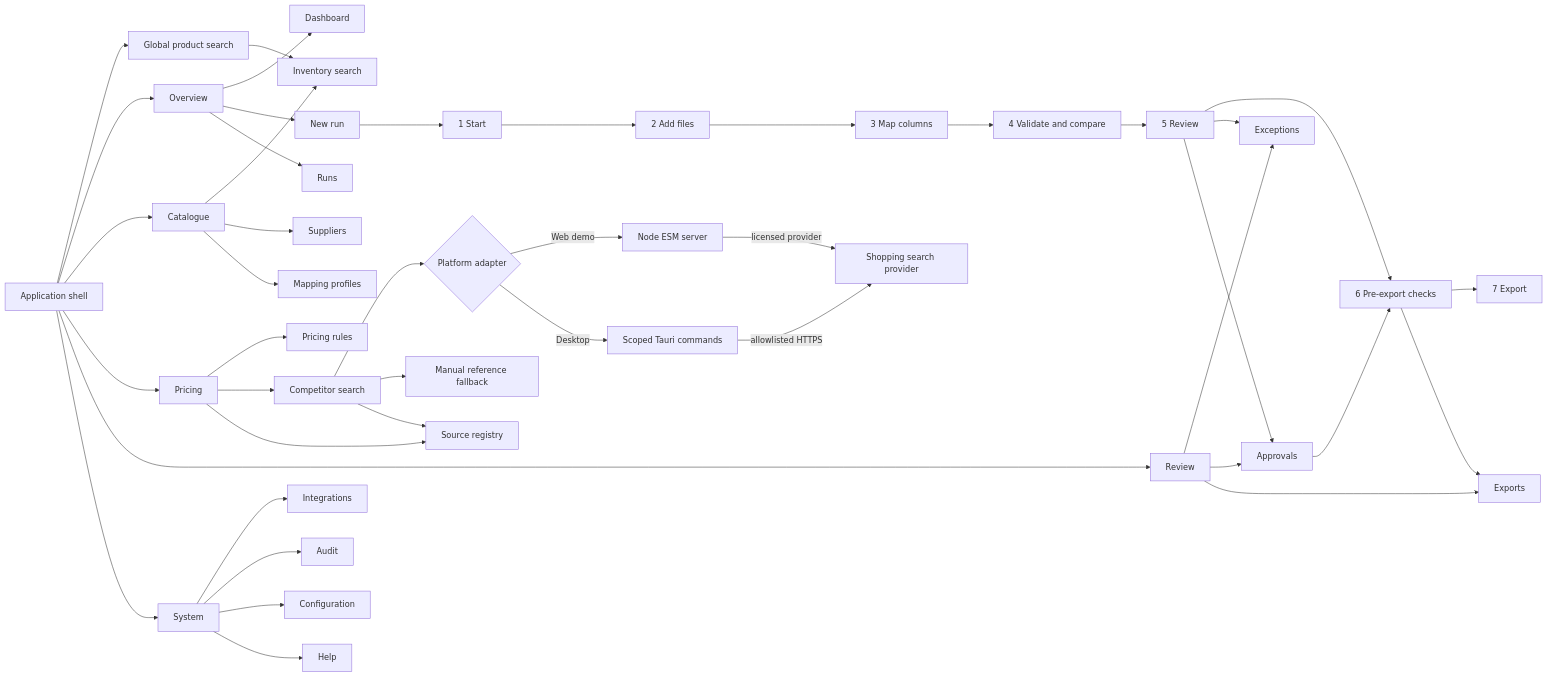
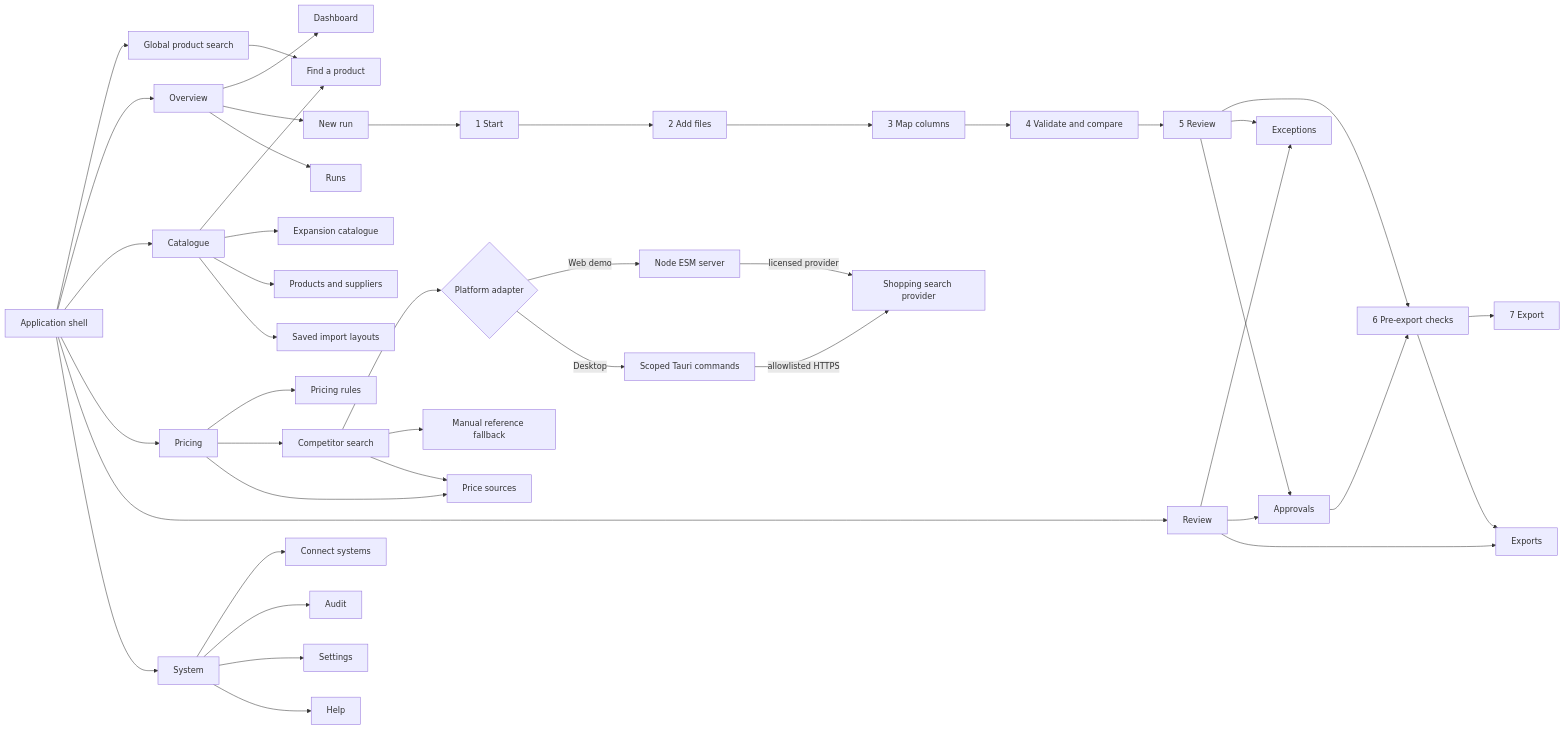
The diagram in docs/20260807-SWL-Interface-Map-Rev00.md (Sajeevanveeriah/Inventory-Management-SWL), drawn with Mermaid before and after one commit. The commit also changed other lines of this file and 71 other files, not shown here.

First line of the commit message:
feat: govern catalogue pricing and supplier integrations

````diff
--- a/docs/20260807-SWL-Interface-Map-Rev00.md
+++ b/docs/20260807-SWL-Interface-Map-Rev00.md
@@ -3,47 +3,48 @@
 ```mermaid
 flowchart LR
   Shell[Application shell] --> Search[Global product search]
-  Search --> Inventory[Inventory search]
+  Search --> Inventory[Find a product]
   Shell --> Overview[Overview]
   Shell --> Catalogue[Catalogue]
   Shell --> Pricing[Pricing]
   Shell --> Review[Review]
   Shell --> System[System]
 
   Overview --> Dashboard[Dashboard]
   Overview --> NewRun[New run]
   Overview --> Runs[Runs]
   Catalogue --> Inventory
-  Catalogue --> Suppliers[Suppliers]
-  Catalogue --> MappingProfiles[Mapping profiles]
+  Catalogue --> Expansion[Expansion catalogue]
+  Catalogue --> Suppliers[Products and suppliers]
+  Catalogue --> MappingProfiles[Saved import layouts]
   Pricing --> PricingRules[Pricing rules]
   Pricing --> Competitors[Competitor search]
-  Pricing --> Sources[Source registry]
+  Pricing --> Sources[Price sources]
   Review --> Exceptions[Exceptions]
   Review --> Approvals[Approvals]
   Review --> Exports[Exports]
-  System --> Integrations[Integrations]
+  System --> Integrations[Connect systems]
   System --> Audit[Audit]
-  System --> Configuration[Configuration]
+  System --> Configuration[Settings]
   System --> Help[Help]
 
   NewRun --> Start[1 Start]
   Start --> Files[2 Add files]
   Files --> Mapping[3 Map columns]
   Mapping --> Validate[4 Validate and compare]
   Validate --> ReviewRows[5 Review]
   ReviewRows --> Checks[6 Pre-export checks]
   Checks --> Export[7 Export]
   ReviewRows --> Exceptions
   ReviewRows --> Approvals
   Approvals --> Checks
   Checks --> Exports
 
   Competitors --> Adapter{Platform adapter}
   Adapter -->|Web demo| Node[Node ESM server]
   Adapter -->|Desktop| Rust[Scoped Tauri commands]
   Node -->|licensed provider| Provider[Shopping search provider]
   Rust -->|allowlisted HTTPS| Provider
   Competitors --> Manual[Manual reference fallback]
   Competitors --> Sources
 ```
````
